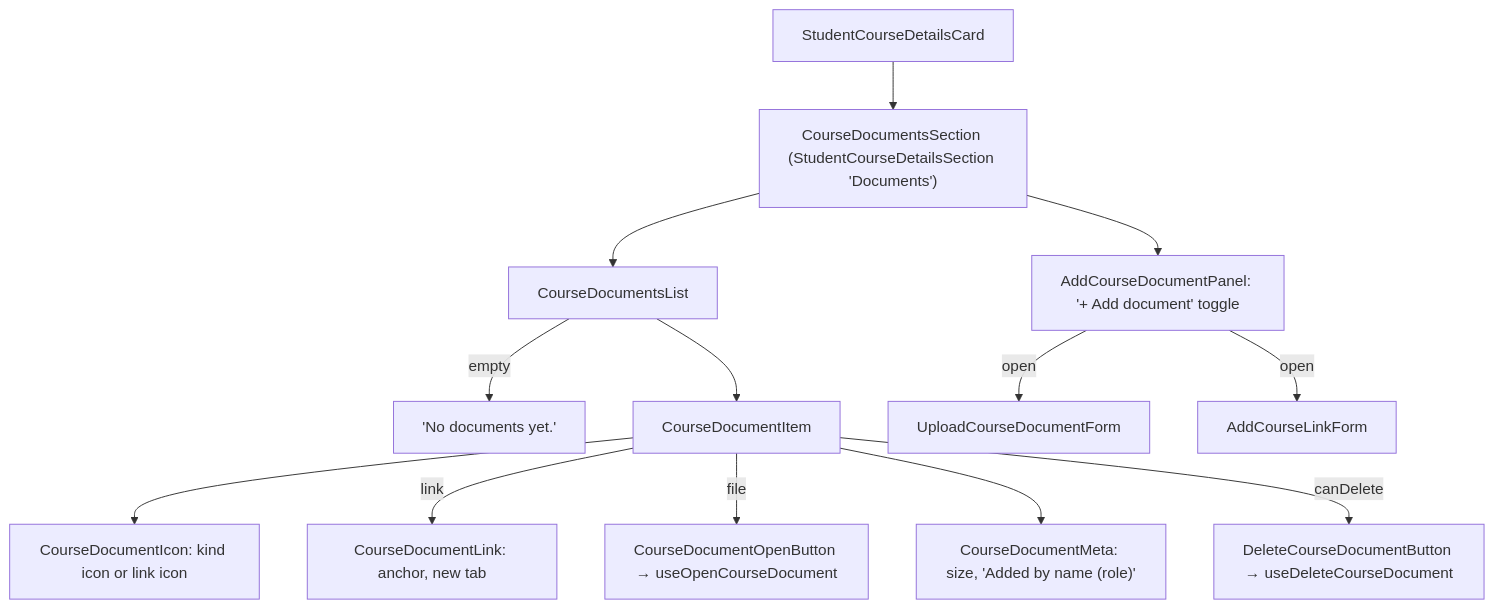
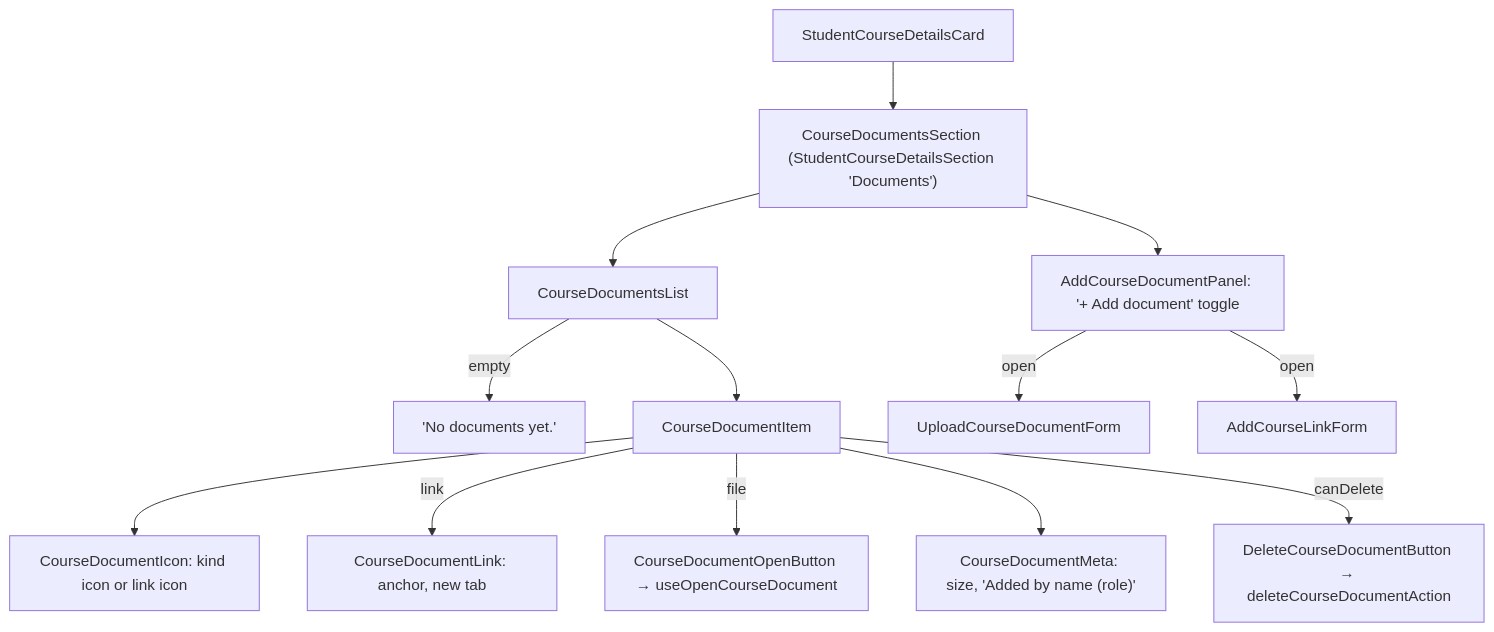
The first of 3 diagrams in front/src/docs/course-documents.md (KaterynaKocheharova/Practice-app), drawn with Mermaid before and after one commit. The commit also changed other lines of this file and 178 other files, not shown here.

````diff
--- a/front/src/docs/course-documents.md
+++ b/front/src/docs/course-documents.md
@@ -30,15 +30,15 @@
 ```mermaid
 flowchart TD
   Card[StudentCourseDetailsCard] --> Section["CourseDocumentsSection (StudentCourseDetailsSection 'Documents')"]
   Section --> List[CourseDocumentsList]
   List -- empty --> Empty["'No documents yet.'"]
   List --> Item[CourseDocumentItem]
   Item --> Icon["CourseDocumentIcon: kind icon or link icon"]
   Item -- link --> Link["CourseDocumentLink: anchor, new tab"]
   Item -- file --> Open["CourseDocumentOpenButton → useOpenCourseDocument"]
   Item --> Meta["CourseDocumentMeta: size, 'Added by name (role)'"]
-  Item -- canDelete --> Delete["DeleteCourseDocumentButton → useDeleteCourseDocument"]
+  Item -- canDelete --> Delete["DeleteCourseDocumentButton → deleteCourseDocumentAction"]
   Section --> Panel["AddCourseDocumentPanel: '+ Add document' toggle"]
   Panel -- open --> Upload[UploadCourseDocumentForm]
   Panel -- open --> AddLink[AddCourseLinkForm]
 ```
````
